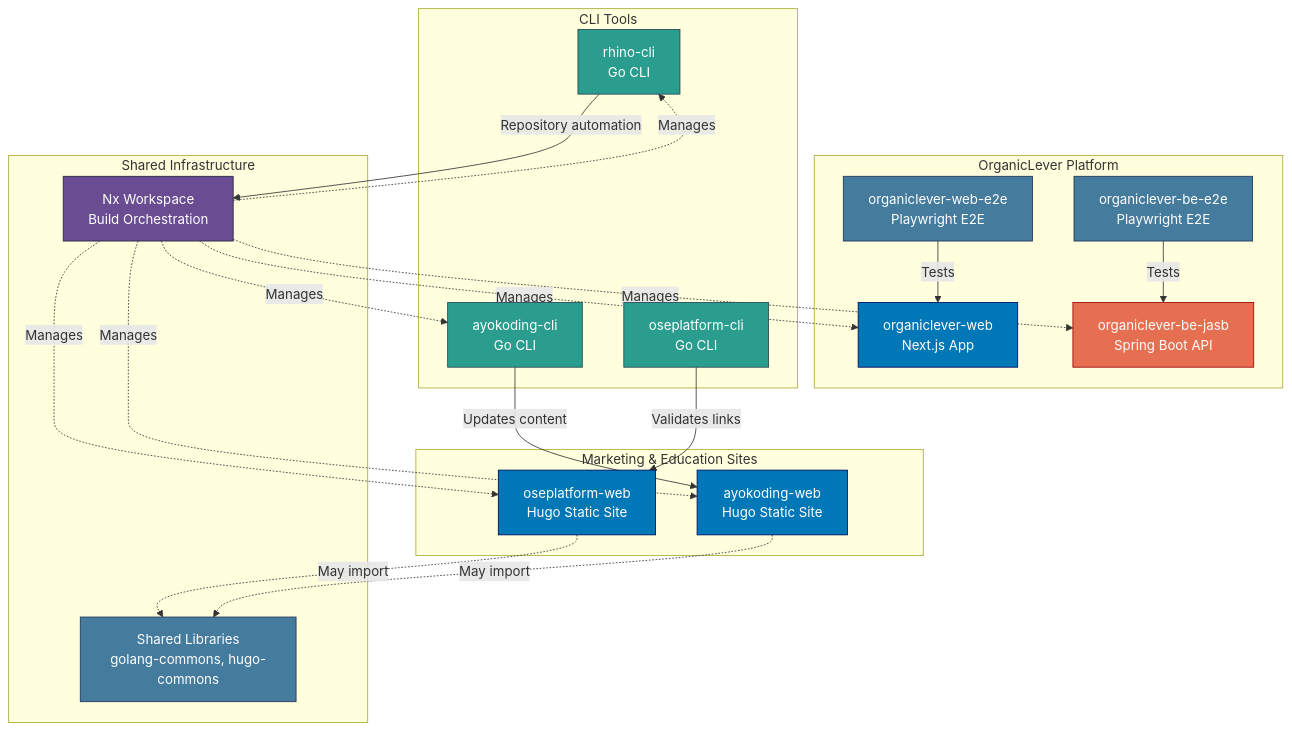
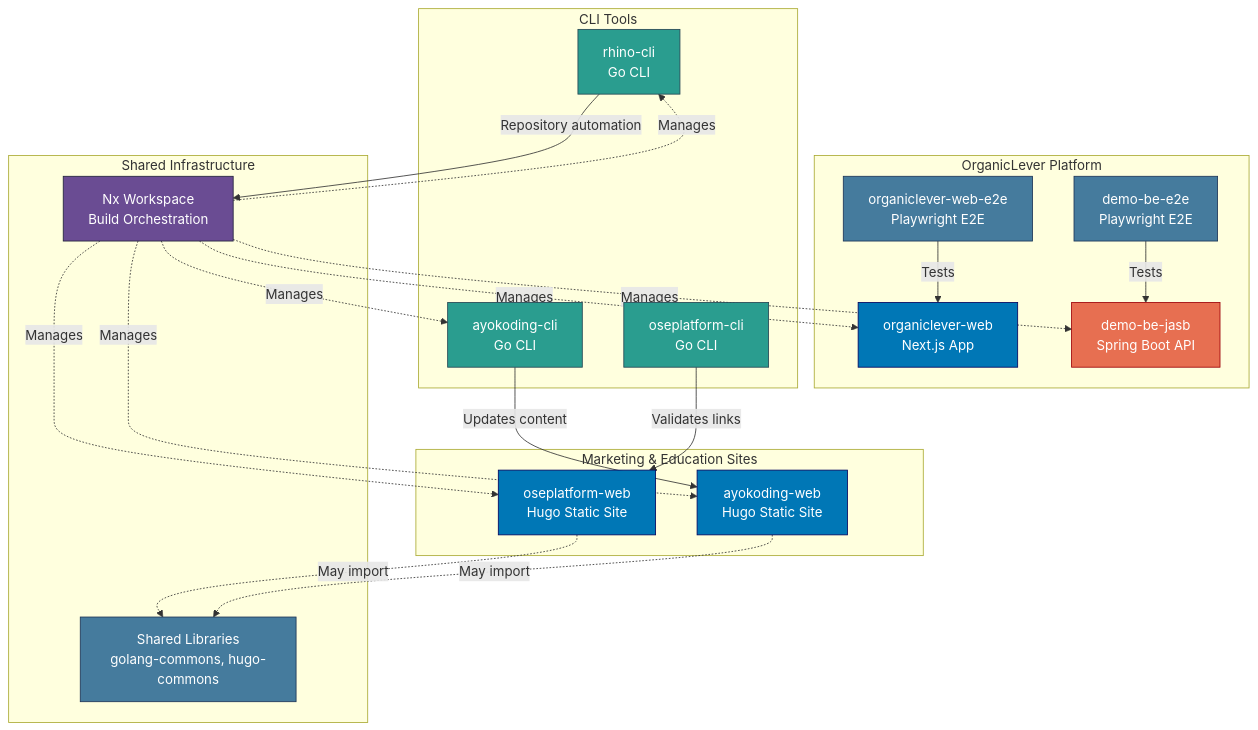
One commit to wahidyankf/open-sharia-enterprise changed the first of 2 diagrams in docs/reference/system-architecture/re-syar__applications.md. Above: the diagram before and after it, drawn with Mermaid. The commit also changed other lines of this file and 17 other files, not shown here.

Commit message:
docs: update references from organiclever-be-jasb to demo-be-jasb

````diff
--- a/docs/reference/system-architecture/re-syar__applications.md
+++ b/docs/reference/system-architecture/re-syar__applications.md
@@ -131,53 +131,53 @@
 ```mermaid
 graph TB
     subgraph "Marketing & Education Sites"
         OSE[oseplatform-web<br/>Hugo Static Site]
         AYO[ayokoding-web<br/>Hugo Static Site]
     end
 
     subgraph "OrganicLever Platform"
         OL_WEB[organiclever-web<br/>Next.js App]
-        OL_BE[organiclever-be-jasb<br/>Spring Boot API]
+        OL_BE[demo-be-jasb<br/>Spring Boot API]
         OL_WEB_E2E[organiclever-web-e2e<br/>Playwright E2E]
-        OL_BE_E2E[organiclever-be-e2e<br/>Playwright E2E]
+        OL_BE_E2E[demo-be-e2e<br/>Playwright E2E]
     end
 
     subgraph "CLI Tools"
         AYOCLI[ayokoding-cli<br/>Go CLI]
         RHINO[rhino-cli<br/>Go CLI]
         OSECLI[oseplatform-cli<br/>Go CLI]
     end
 
     subgraph "Shared Infrastructure"
         NX[Nx Workspace<br/>Build Orchestration]
         LIBS[Shared Libraries<br/>golang-commons, hugo-commons]
     end
 
     AYOCLI -->|Updates content| AYO
     RHINO -->|Repository automation| NX
     OSECLI -->|Validates links| OSE
     OL_WEB_E2E -->|Tests| OL_WEB
     OL_BE_E2E -->|Tests| OL_BE
 
     NX -.->|Manages| OSE
     NX -.->|Manages| AYO
     NX -.->|Manages| AYOCLI
     NX -.->|Manages| RHINO
     NX -.->|Manages| OL_WEB
     NX -.->|Manages| OL_BE
 
     OSE -.->|May import| LIBS
     AYO -.->|May import| LIBS
 
     style OSE fill:#0077b6,stroke:#03045e,color:#ffffff
     style AYO fill:#0077b6,stroke:#03045e,color:#ffffff
     style OL_WEB fill:#0077b6,stroke:#03045e,color:#ffffff
     style OL_BE fill:#e76f51,stroke:#9d0208,color:#ffffff
     style OL_WEB_E2E fill:#457b9d,stroke:#1d3557,color:#ffffff
     style OL_BE_E2E fill:#457b9d,stroke:#1d3557,color:#ffffff
     style AYOCLI fill:#2a9d8f,stroke:#264653,color:#ffffff
     style RHINO fill:#2a9d8f,stroke:#264653,color:#ffffff
     style OSECLI fill:#2a9d8f,stroke:#264653,color:#ffffff
     style NX fill:#6a4c93,stroke:#22223b,color:#ffffff
     style LIBS fill:#457b9d,stroke:#1d3557,color:#ffffff
 ```
````
